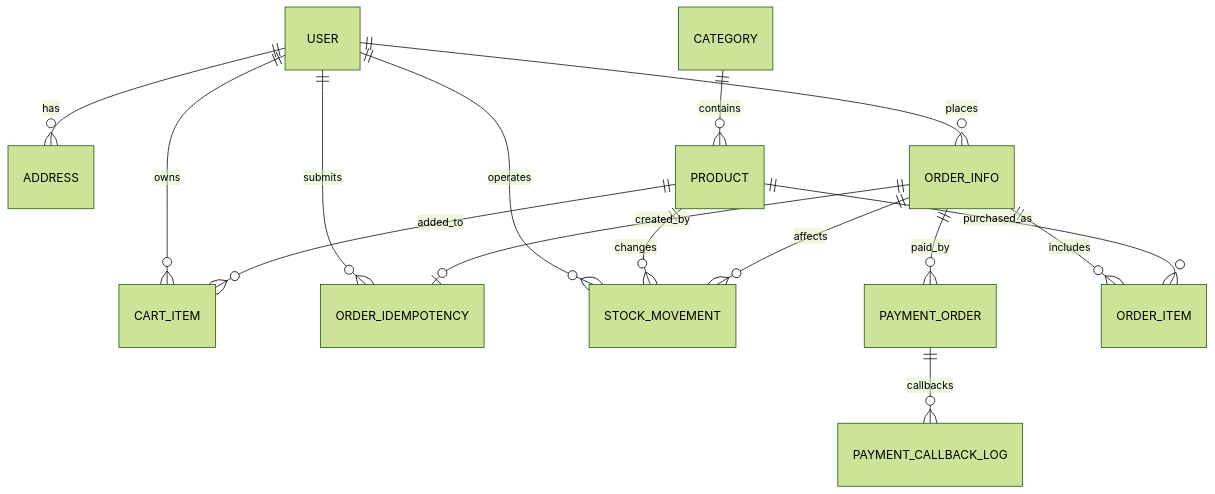
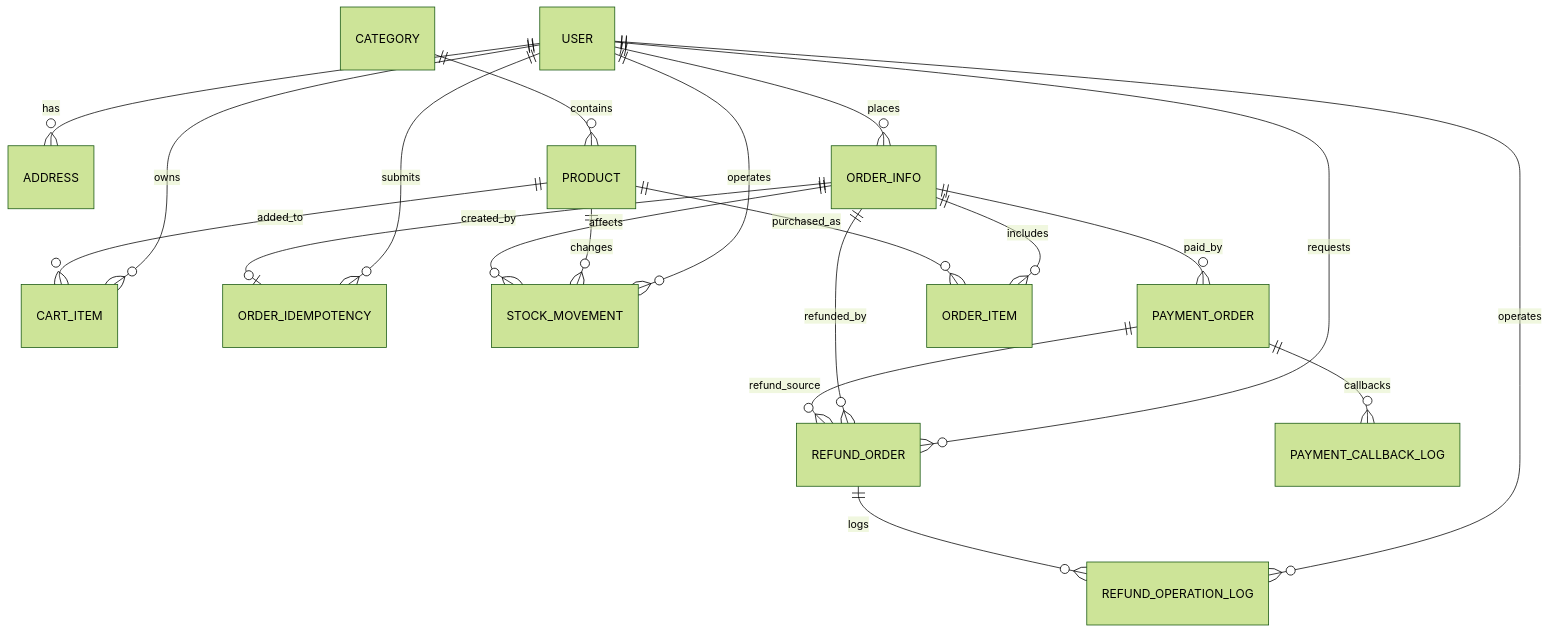
Before and after one commit to morisa28/my-DB: the diagram in docs/03-数据库设计.md, drawn with Mermaid (forest theme). The commit also changed other lines of this file and 10 other files, not shown here.

````diff
--- a/docs/03-数据库设计.md
+++ b/docs/03-数据库设计.md
@@ -19,17 +21,22 @@
 ```mermaid
 erDiagram
     USER ||--o{ ADDRESS : has
     USER ||--o{ CART_ITEM : owns
     USER ||--o{ ORDER_INFO : places
     USER ||--o{ ORDER_IDEMPOTENCY : submits
     USER ||--o{ STOCK_MOVEMENT : operates
+    USER ||--o{ REFUND_ORDER : requests
+    USER ||--o{ REFUND_OPERATION_LOG : operates
     CATEGORY ||--o{ PRODUCT : contains
     PRODUCT ||--o{ CART_ITEM : added_to
     PRODUCT ||--o{ STOCK_MOVEMENT : changes
     ORDER_INFO ||--o| ORDER_IDEMPOTENCY : created_by
     ORDER_INFO ||--o{ STOCK_MOVEMENT : affects
     ORDER_INFO ||--o{ PAYMENT_ORDER : paid_by
     PAYMENT_ORDER ||--o{ PAYMENT_CALLBACK_LOG : callbacks
+    ORDER_INFO ||--o{ REFUND_ORDER : refunded_by
+    PAYMENT_ORDER ||--o{ REFUND_ORDER : refund_source
+    REFUND_ORDER ||--o{ REFUND_OPERATION_LOG : logs
     ORDER_INFO ||--o{ ORDER_ITEM : includes
     PRODUCT ||--o{ ORDER_ITEM : purchased_as
 ```
````
